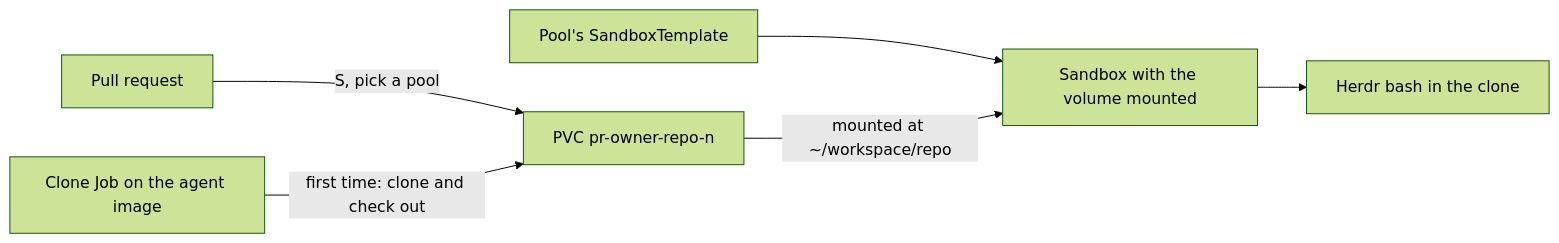
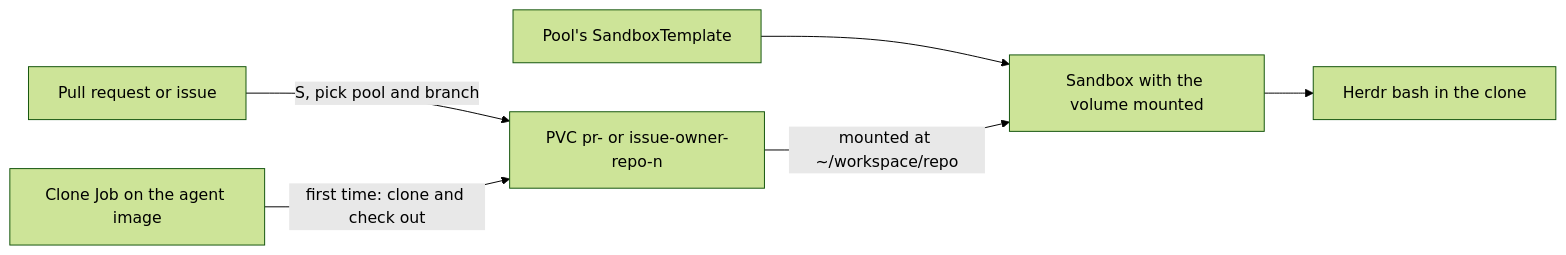
The second of 2 diagrams in ARCHITECTURE.md (tmih06/nightshift), drawn with Mermaid (forest theme) before and after one commit. The commit also changed other lines of this file and 14 other files, not shown here.

First line of the commit message:
feat: check out an issue branch in a sandbox

````diff
--- a/ARCHITECTURE.md
+++ b/ARCHITECTURE.md
@@ -59,8 +60,8 @@
 ```mermaid
 flowchart LR
-  PR[Pull request] -->|S, pick a pool| Volume[PVC pr-owner-repo-n]
+  Item[Pull request or issue] -->|S, pick pool and branch| Volume[PVC pr- or issue-owner-repo-n]
   Job[Clone Job on the agent image] -->|first time: clone and check out| Volume
   Template[Pool's SandboxTemplate] --> Sandbox[Sandbox with the volume mounted]
   Volume -->|mounted at ~/workspace/repo| Sandbox
   Sandbox --> Session[Herdr bash in the clone]
 ```
````
